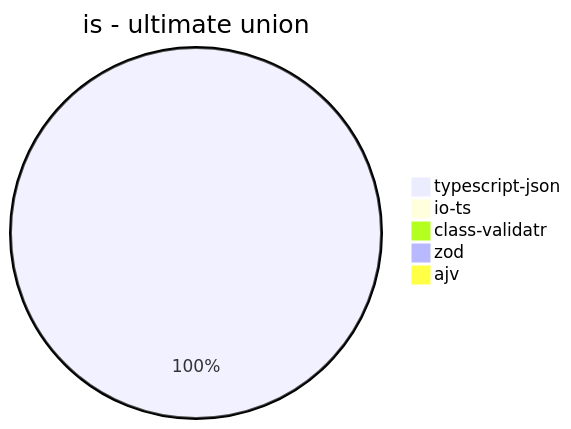
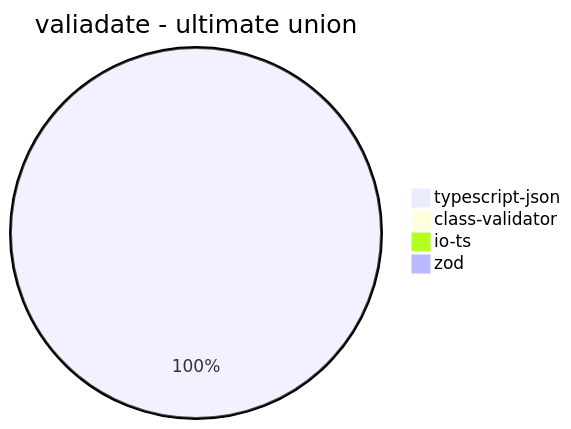
Diagram 16 of 32 in benchmark/results/AMD Ryzen 7 5800H with Radeon Graphics.md (samchon/typia), drawn with Mermaid before and after one commit. The commit also changed other lines of this file and 14 other files, not shown here.

Commit message:
Close #243 and Fix #244 - enhance json schema

````diff
--- a/benchmark/results/AMD Ryzen 7 5800H with Radeon Graphics.md
+++ b/benchmark/results/AMD Ryzen 7 5800H with Radeon Graphics.md
@@ -183,8 +181,7 @@
 ```mermaid
-pie title is - ultimate union
-  "typescript-json": 587.3247131670006
+pie title valiadate - ultimate union
+  "typescript-json": 127.03983154939463
+  "class-validator": 0
   "io-ts": 0
-  "class-validatr": 0
   "zod": 0
-  "ajv": 0
 ```
````
